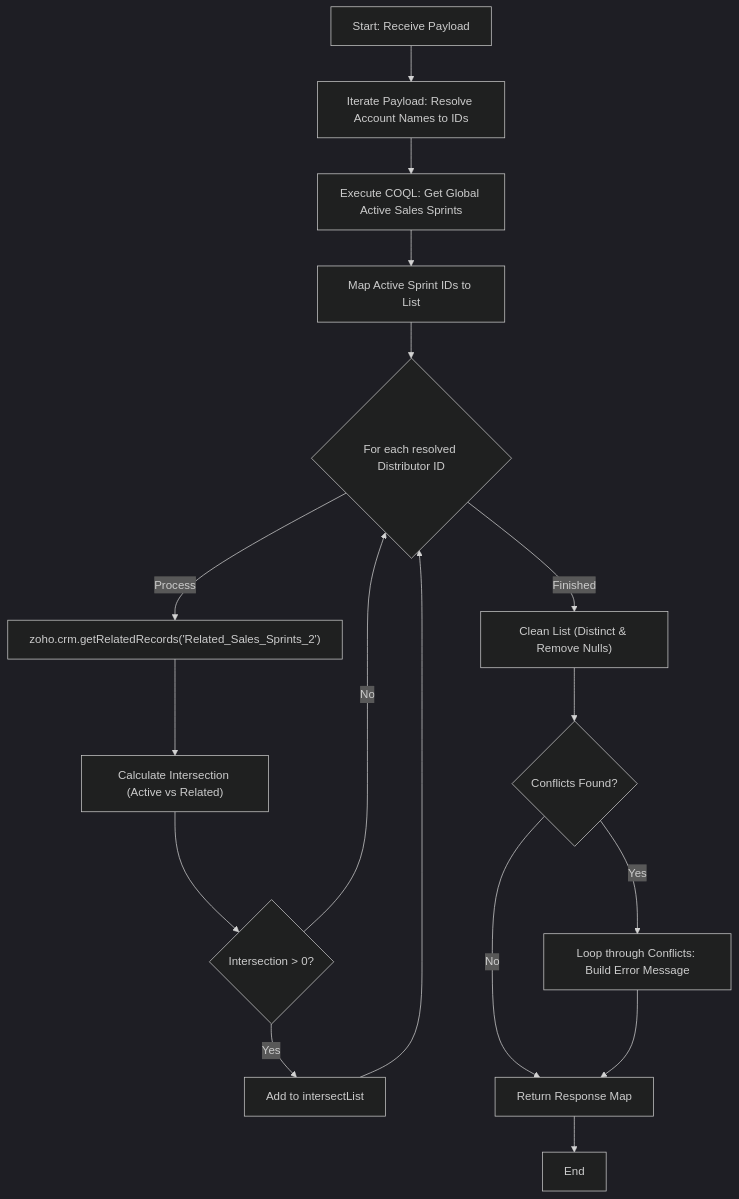
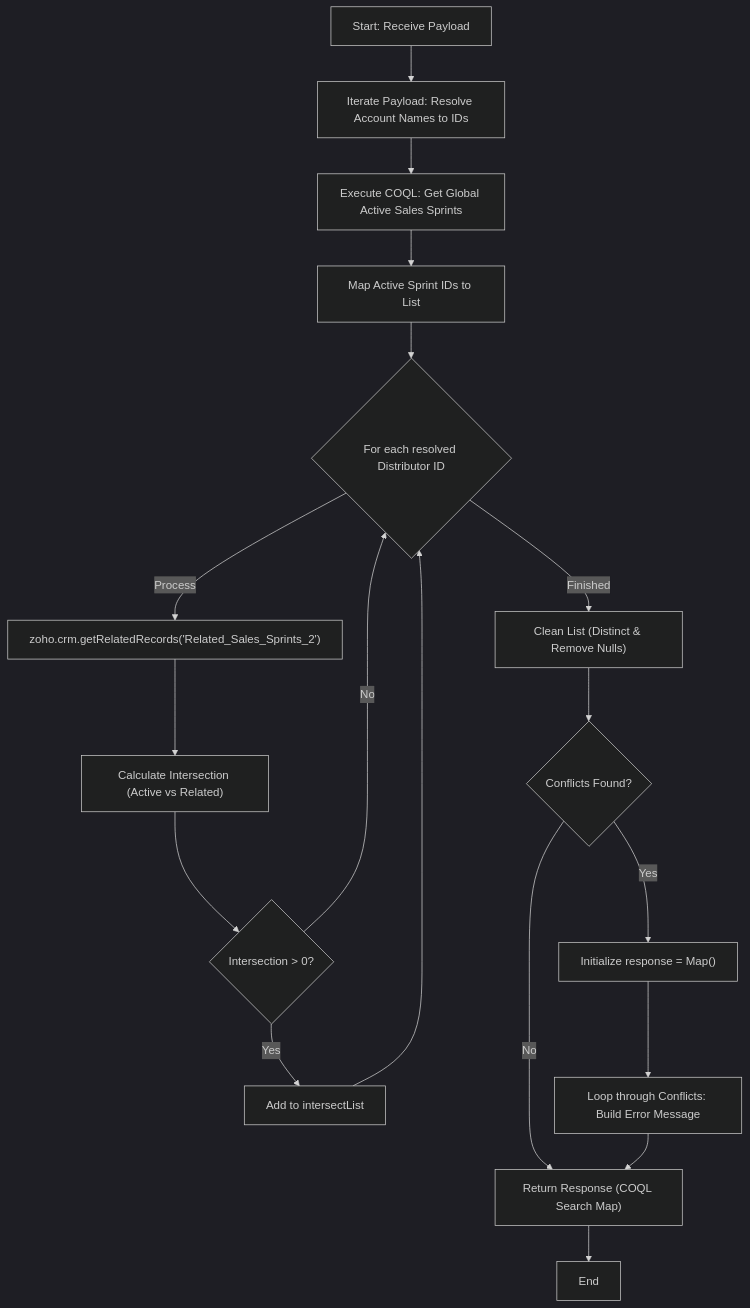
One commit to martinkp93/zoho-scripts changed the diagram in scripts/delugeSendToActiveCampaignLimit/delugeSendToActiveCampaignLimit.md. Above: the diagram before and after it, drawn with Mermaid (dark theme). The commit also changed other lines of this file, not shown here.

````diff
--- a/scripts/delugeSendToActiveCampaignLimit/delugeSendToActiveCampaignLimit.md
+++ b/scripts/delugeSendToActiveCampaignLimit/delugeSendToActiveCampaignLimit.md
@@ -36,19 +37,20 @@
 ```mermaid
 graph TD
     Start["Start: Receive Payload"] --> ResolveDistributors["Iterate Payload: Resolve Account Names to IDs"]
     ResolveDistributors --> COQLQuery["Execute COQL: Get Global Active Sales Sprints"]
     COQLQuery --> MapActiveIDs["Map Active Sprint IDs to List"]
     MapActiveIDs --> DistLoopStart{"For each resolved Distributor ID"}
     DistLoopStart -- "Process" --> GetRelated["zoho.crm.getRelatedRecords('Related_Sales_Sprints_2')"]
     GetRelated --> Intersect["Calculate Intersection (Active vs Related)"]
     Intersect --> CheckSize{"Intersection > 0?"}
     CheckSize -- "Yes" --> AddToList["Add to intersectList"]
     CheckSize -- "No" --> DistLoopStart
     AddToList --> DistLoopStart
     DistLoopStart -- "Finished" --> CleanList["Clean List (Distinct & Remove Nulls)"]
     CleanList --> ConflictCheck{"Conflicts Found?"}
-    ConflictCheck -- "Yes" --> BuildConflictMsg["Loop through Conflicts: Build Error Message"]
-    ConflictCheck -- "No" --> ReturnResponse["Return Response Map"]
+    ConflictCheck -- "Yes" --> InitErrorMap["Initialize response = Map()"]
+    InitErrorMap --> BuildConflictMsg["Loop through Conflicts: Build Error Message"]
+    ConflictCheck -- "No" --> ReturnResponse["Return Response (COQL Search Map)"]
     BuildConflictMsg --> ReturnResponse
     ReturnResponse --> End["End"]
 ```
````
